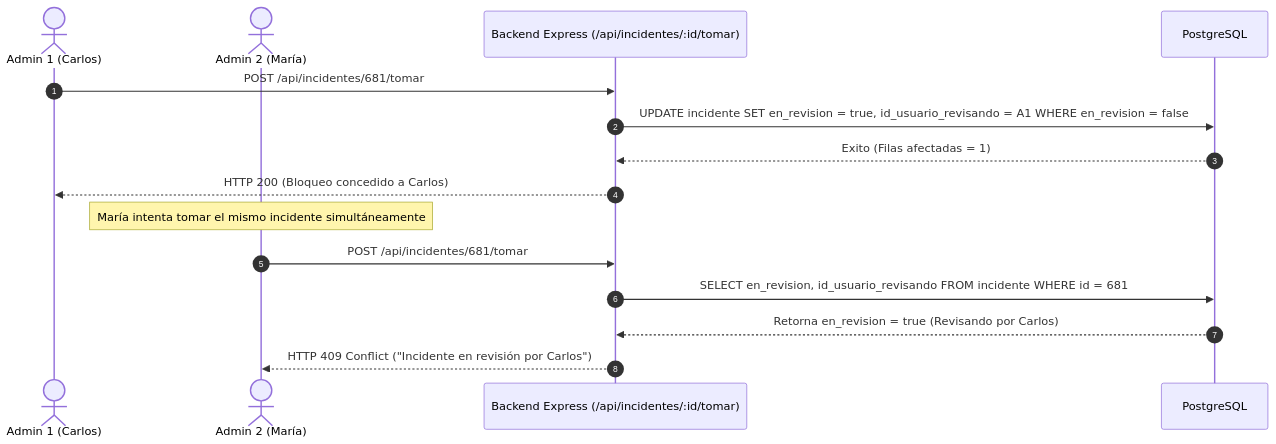
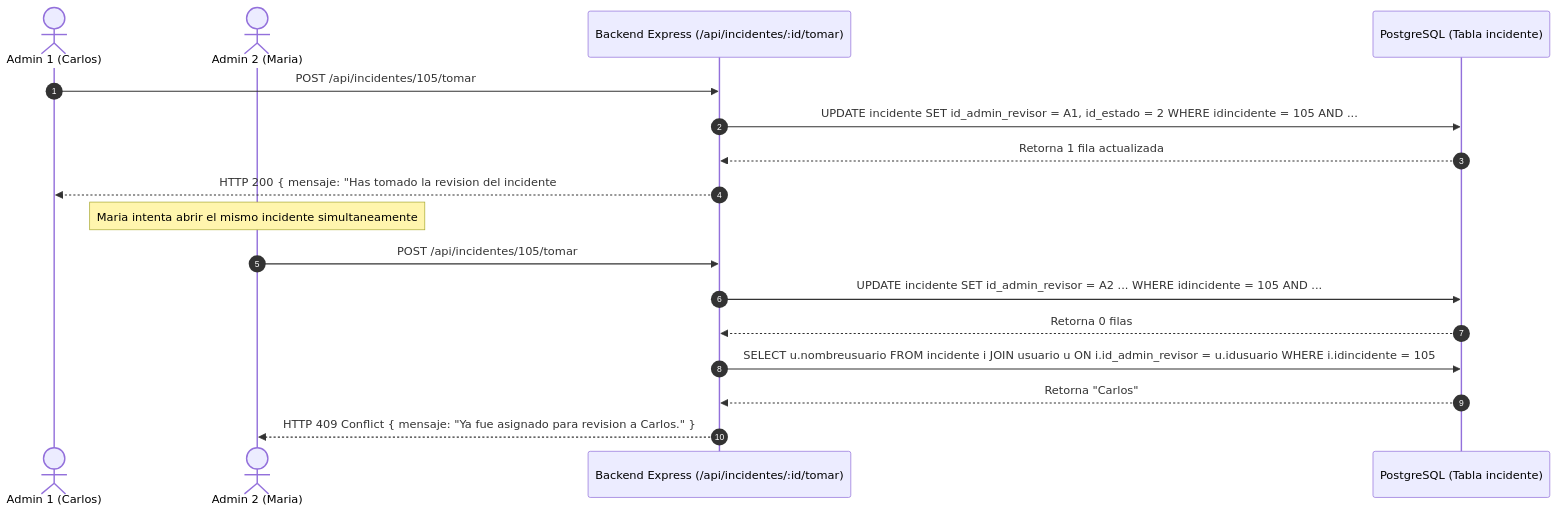
Before and after one commit to DF-VeraP/SIGI: the second of 2 diagrams in documentacion/02_gestion_incidentes_y_cola_compartida.md, drawn with Mermaid. The commit also changed other lines of this file and 50 other files, not shown here.

````diff
--- a/documentacion/02_gestion_incidentes_y_cola_compartida.md
+++ b/documentacion/02_gestion_incidentes_y_cola_compartida.md
@@ -48,19 +72,21 @@
 ```mermaid
 sequenceDiagram
     autonumber
     actor A1 as Admin 1 (Carlos)
-    actor A2 as Admin 2 (María)
+    actor A2 as Admin 2 (Maria)
     participant B as Backend Express (/api/incidentes/:id/tomar)
-    participant DB as PostgreSQL
+    participant DB as PostgreSQL (Tabla incidente)
 
-    A1->>B: POST /api/incidentes/681/tomar
-    B->>DB: UPDATE incidente SET en_revision = true, id_usuario_revisando = A1 WHERE en_revision = false
-    DB-->>B: Exito (Filas afectadas = 1)
-    B-->>A1: HTTP 200 (Bloqueo concedido a Carlos)
+    A1->>B: POST /api/incidentes/105/tomar
+    B->>DB: UPDATE incidente SET id_admin_revisor = A1, id_estado = 2 WHERE idincidente = 105 AND ...
+    DB-->>B: Retorna 1 fila actualizada
+    B-->>A1: HTTP 200 { mensaje: "Has tomado la revision del incidente #105" }
 
-    Note over A2: María intenta tomar el mismo incidente simultáneamente
-    A2->>B: POST /api/incidentes/681/tomar
-    B->>DB: SELECT en_revision, id_usuario_revisando FROM incidente WHERE id = 681
-    DB-->>B: Retorna en_revision = true (Revisando por Carlos)
-    B-->>A2: HTTP 409 Conflict ("Incidente en revisión por Carlos")
+    Note over A2: Maria intenta abrir el mismo incidente simultaneamente
+    A2->>B: POST /api/incidentes/105/tomar
+    B->>DB: UPDATE incidente SET id_admin_revisor = A2 ... WHERE idincidente = 105 AND ...
+    DB-->>B: Retorna 0 filas
+    B->>DB: SELECT u.nombreusuario FROM incidente i JOIN usuario u ON i.id_admin_revisor = u.idusuario WHERE i.idincidente = 105
+    DB-->>B: Retorna "Carlos"
+    B-->>A2: HTTP 409 Conflict { mensaje: "Ya fue asignado para revision a Carlos." }
 ```
````
